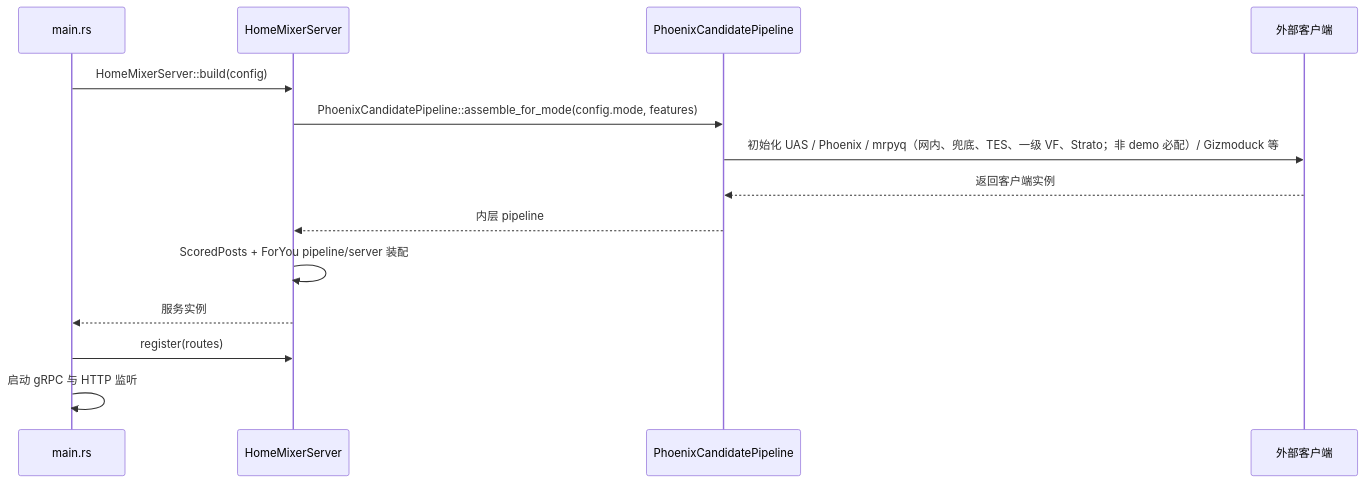
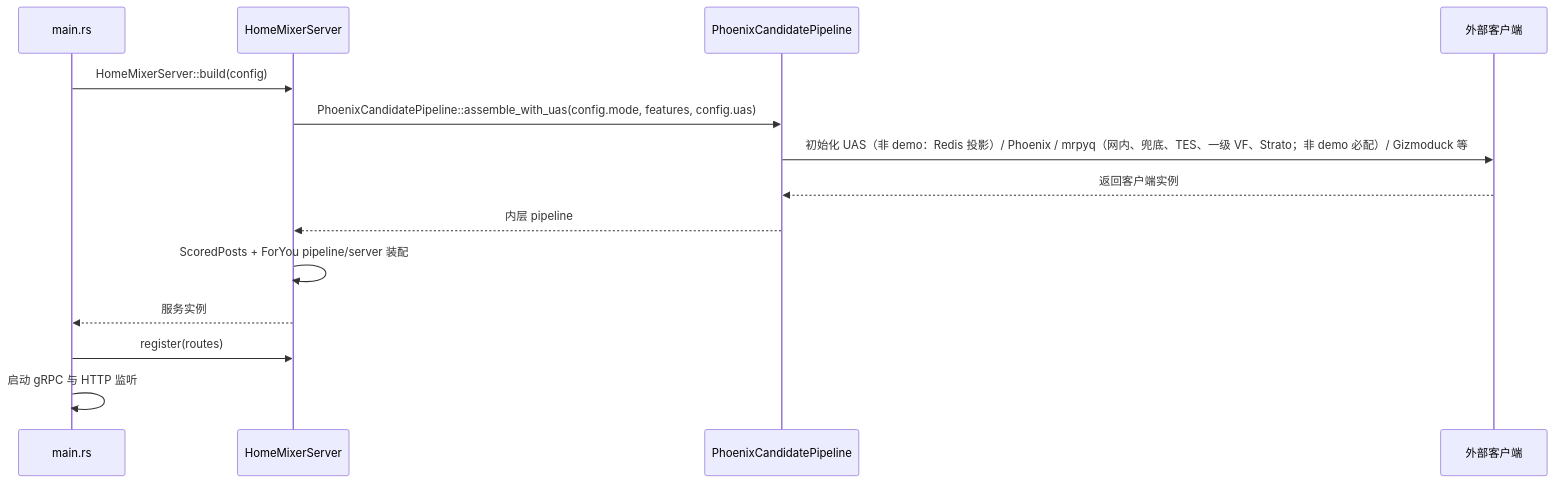
One commit to freefcw/x-algorithm changed the first of 3 diagrams in docs/home-mixer/02-request-lifecycle.md. Above: the diagram before and after it, drawn with Mermaid. The commit also changed 12 other files, not shown here.

First line of the commit message:
docs: 同步 Redis UAS 投影与 uas-worker 合同

````diff
--- a/docs/home-mixer/02-request-lifecycle.md
+++ b/docs/home-mixer/02-request-lifecycle.md
@@ -17,17 +17,17 @@
 ```mermaid
 sequenceDiagram
     participant Main as main.rs
     participant Server as HomeMixerServer
     participant Pipeline as PhoenixCandidatePipeline
     participant Clients as 外部客户端
 
     Main->>Server: HomeMixerServer::build(config)
-    Server->>Pipeline: PhoenixCandidatePipeline::assemble_for_mode(config.mode, features)
-    Pipeline->>Clients: 初始化 UAS / Phoenix / mrpyq（网内、兜底、TES、一级 VF、Strato；非 demo 必配）/ Gizmoduck 等
+    Server->>Pipeline: PhoenixCandidatePipeline::assemble_with_uas(config.mode, features, config.uas)
+    Pipeline->>Clients: 初始化 UAS（非 demo：Redis 投影）/ Phoenix / mrpyq（网内、兜底、TES、一级 VF、Strato；非 demo 必配）/ Gizmoduck 等
     Clients-->>Pipeline: 返回客户端实例
     Pipeline-->>Server: 内层 pipeline
     Server->>Server: ScoredPosts + ForYou pipeline/server 装配
     Server-->>Main: 服务实例
     Main->>Server: register(routes)
     Main->>Main: 启动 gRPC 与 HTTP 监听
 ```
````
